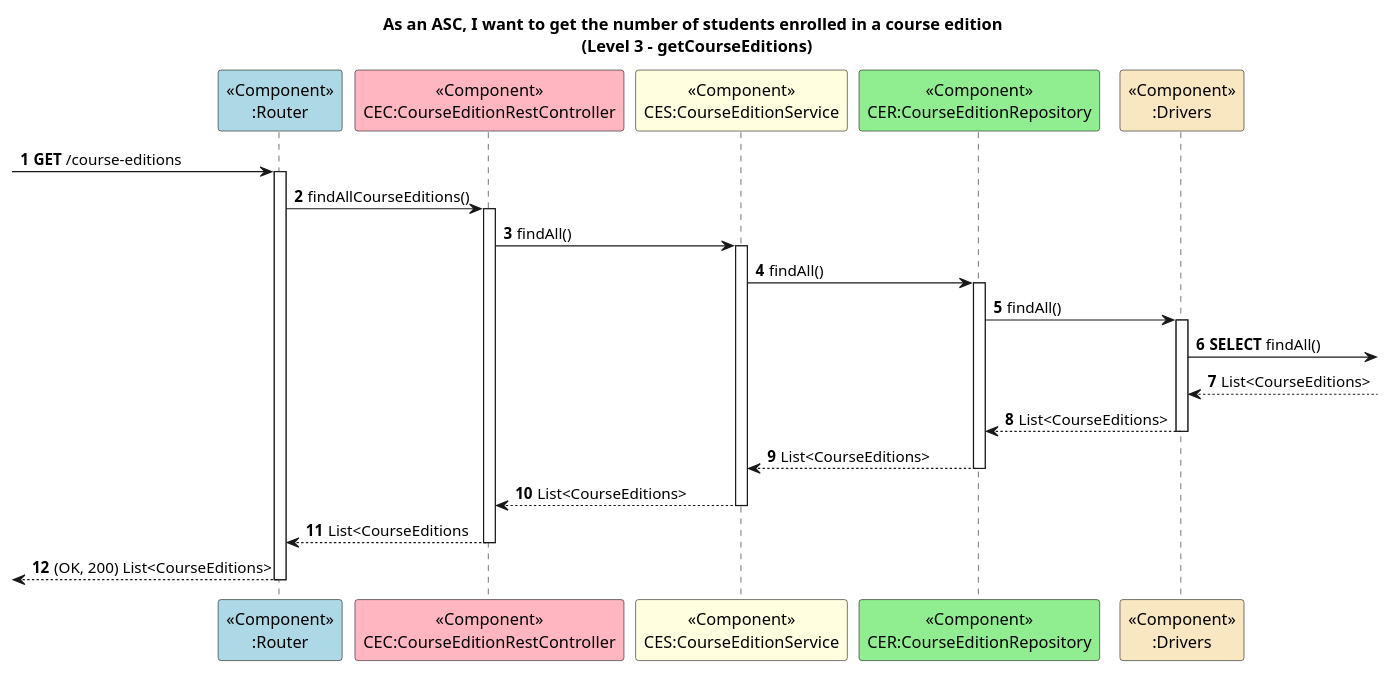
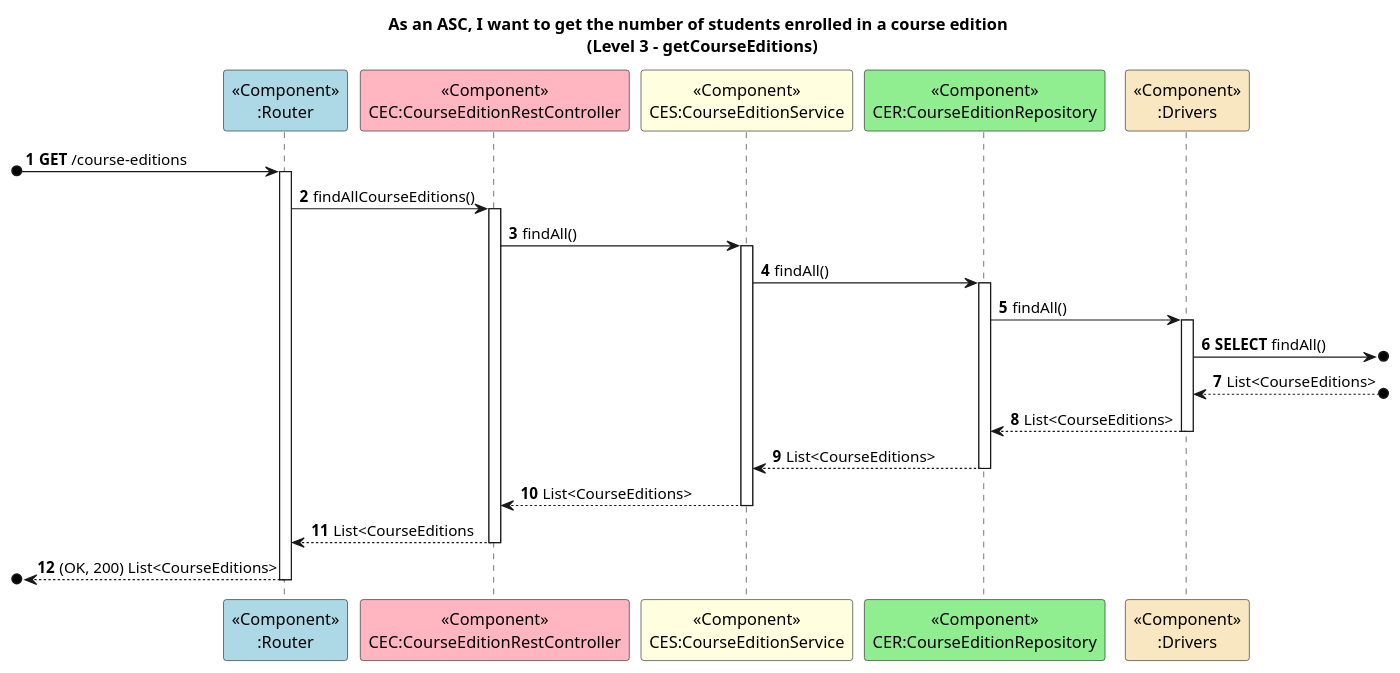
The diagram in docs/US36/ProcessView/Level3-getCourseEditions.puml (GasparISEP/DevOps-PAI), drawn with PlantUML before and after one commit. The commit also changed 5 other files, not shown here.

Commit message:
Ref #652, #658: Refactor Process View and Scenario View diagrams to use o] notation for external interactions

```diff
--- a/docs/US36/ProcessView/Level3-getCourseEditions.puml
+++ b/docs/US36/ProcessView/Level3-getCourseEditions.puml
@@ -1,26 +1,26 @@
 @startuml
 
 autonumber
 
 title As an ASC, I want to get the number of students enrolled in a course edition \n (Level 3 - getCourseEditions)
 
 participant "<<Component>>\n:Router" as Router #lightblue
 participant "<<Component>>\nCEC:CourseEditionRestController" as C #lightpink
 participant "<<Component>>\nCES:CourseEditionService" as S #lightyellow
 participant "<<Component>>\nCER:CourseEditionRepository" as R #lightgreen
 participant "<<Component>>\n:Drivers" as D #strategy
 
- -> Router ++: **GET** /course-editions
+[o-> Router ++: **GET** /course-editions
 Router -> C ++: findAllCourseEditions()
 C -> S ++: findAll()
 S -> R ++: findAll()
 R -> D ++: findAll()
-D -> : **SELECT** findAll()
-D <-- : List<CourseEditions>
+D ->o] : **SELECT** findAll()
+D <--o] : List<CourseEditions>
 D --> R --: List<CourseEditions>
 R --> S --: List<CourseEditions>
 S --> C --: List<CourseEditions>
 C --> Router --: List<CourseEditions
-<-- Router --: (OK, 200) List<CourseEditions>
+[o<-- Router --: (OK, 200) List<CourseEditions>
 
 @enduml
```
